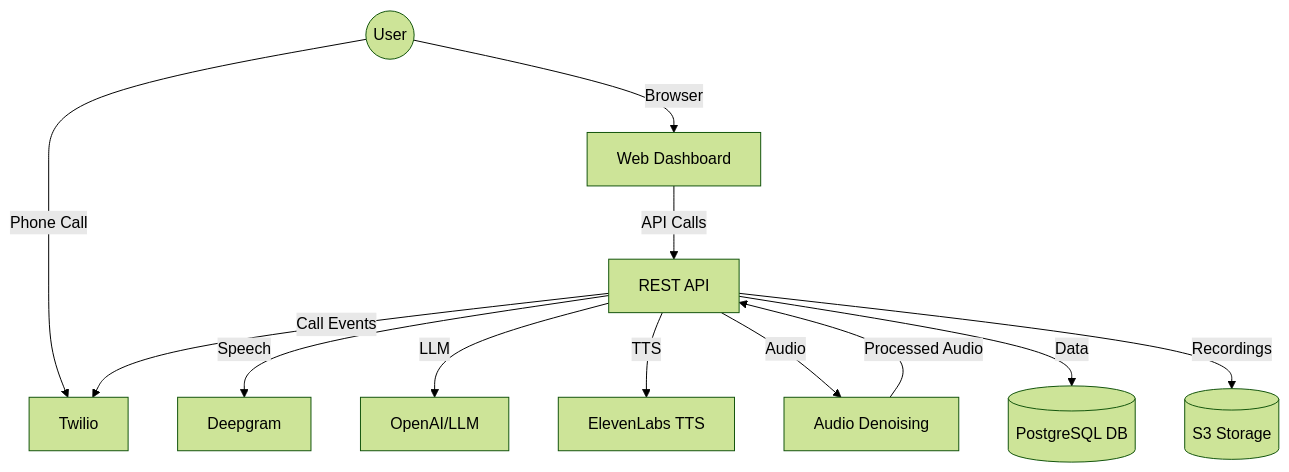
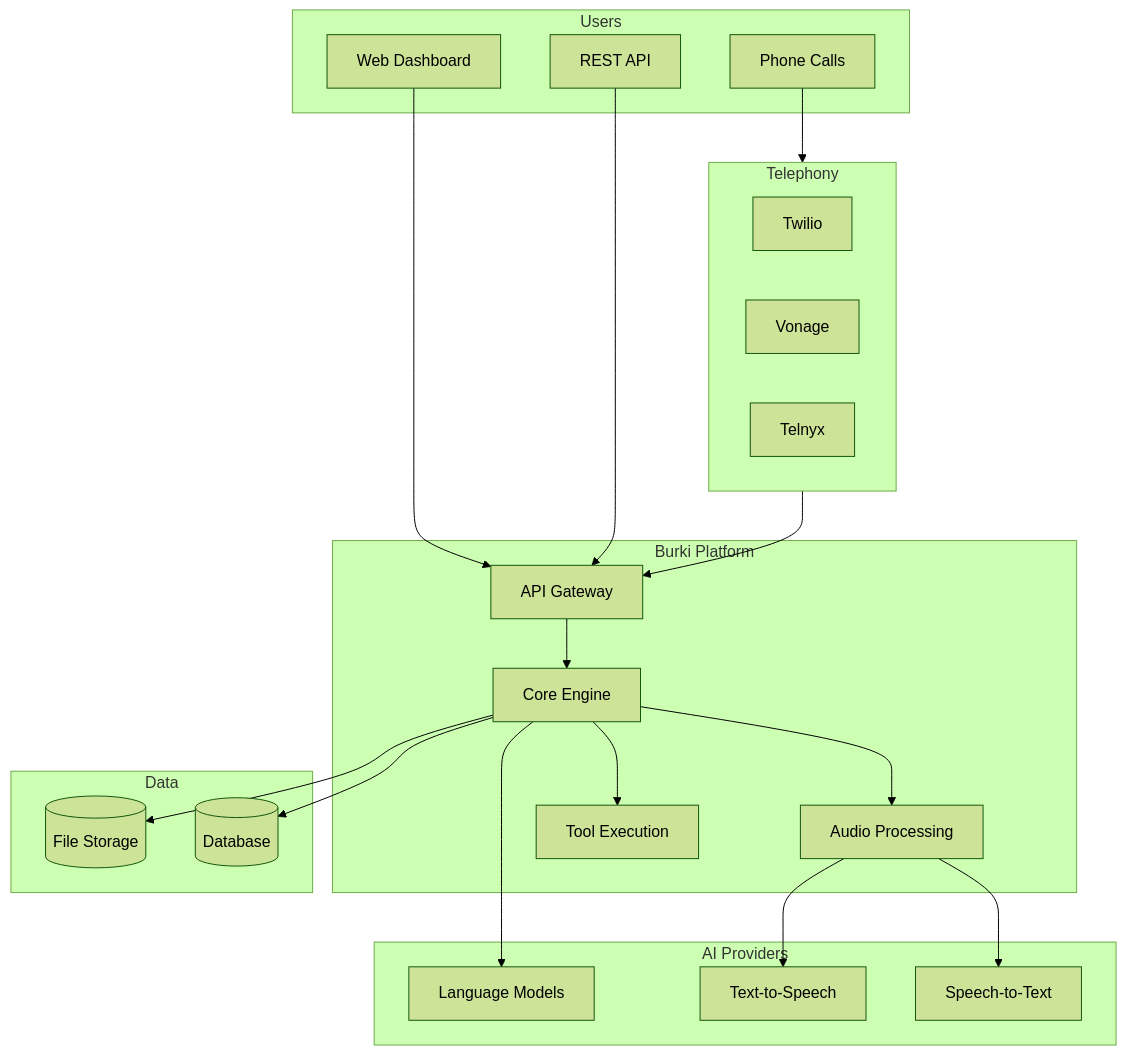
One commit to meeran03/mintlify-docs changed the second of 2 diagrams in architecture.mdx. Above: the diagram before and after it, drawn with Mermaid (forest theme). The commit also changed other lines of this file and 21 other files, not shown here.

````diff
--- a/architecture.mdx
+++ b/architecture.mdx
@@ -73,25 +103,45 @@
 ```mermaid
-graph TD;
-    User((User))
-    Web[Web Dashboard]
-    API[REST API]
-    Twilio[Twilio]
-    Deepgram[Deepgram]
-    OpenAI[OpenAI/LLM]
-    ElevenLabs[ElevenLabs TTS]
-    DB[(PostgreSQL DB)]
-    S3[(S3 Storage)]
-    AudioDenoise[Audio Denoising]
-    
-    User-->|Browser|Web
-    User-->|Phone Call|Twilio
-    Web-->|API Calls|API
-    API-->|Call Events|Twilio
-    API-->|Speech|Deepgram
-    API-->|LLM|OpenAI
-    API-->|TTS|ElevenLabs
-    API-->|Audio|AudioDenoise
-    API-->|Data|DB
-    API-->|Recordings|S3
-    AudioDenoise-->|Processed Audio|API
+graph TD
+    subgraph users [Users]
+        Web[Web Dashboard]
+        API[REST API]
+        Phone[Phone Calls]
+    end
+
+    subgraph platform [Burki Platform]
+        Gateway[API Gateway]
+        Core[Core Engine]
+        Audio[Audio Processing]
+        Tools[Tool Execution]
+    end
+
+    subgraph providers [AI Providers]
+        STT[Speech-to-Text]
+        LLM[Language Models]
+        TTS[Text-to-Speech]
+    end
+
+    subgraph telephony [Telephony]
+        Twilio[Twilio]
+        Vonage[Vonage]
+        Telnyx[Telnyx]
+    end
+
+    subgraph storage [Data]
+        DB[(Database)]
+        Files[(File Storage)]
+    end
+
+    Web --> Gateway
+    API --> Gateway
+    Phone --> telephony
+    telephony --> Gateway
+    Gateway --> Core
+    Core --> Audio
+    Core --> Tools
+    Audio --> STT
+    Audio --> TTS
+    Core --> LLM
+    Core --> DB
+    Core --> Files
 ```
````
